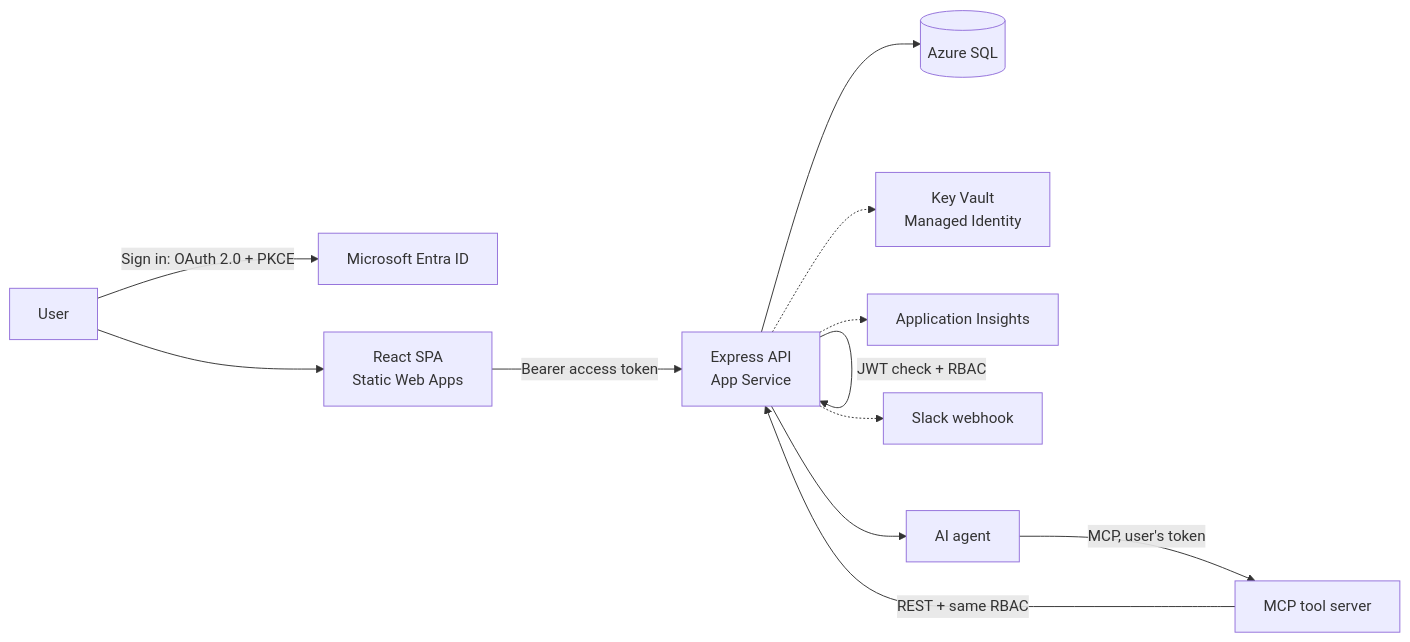
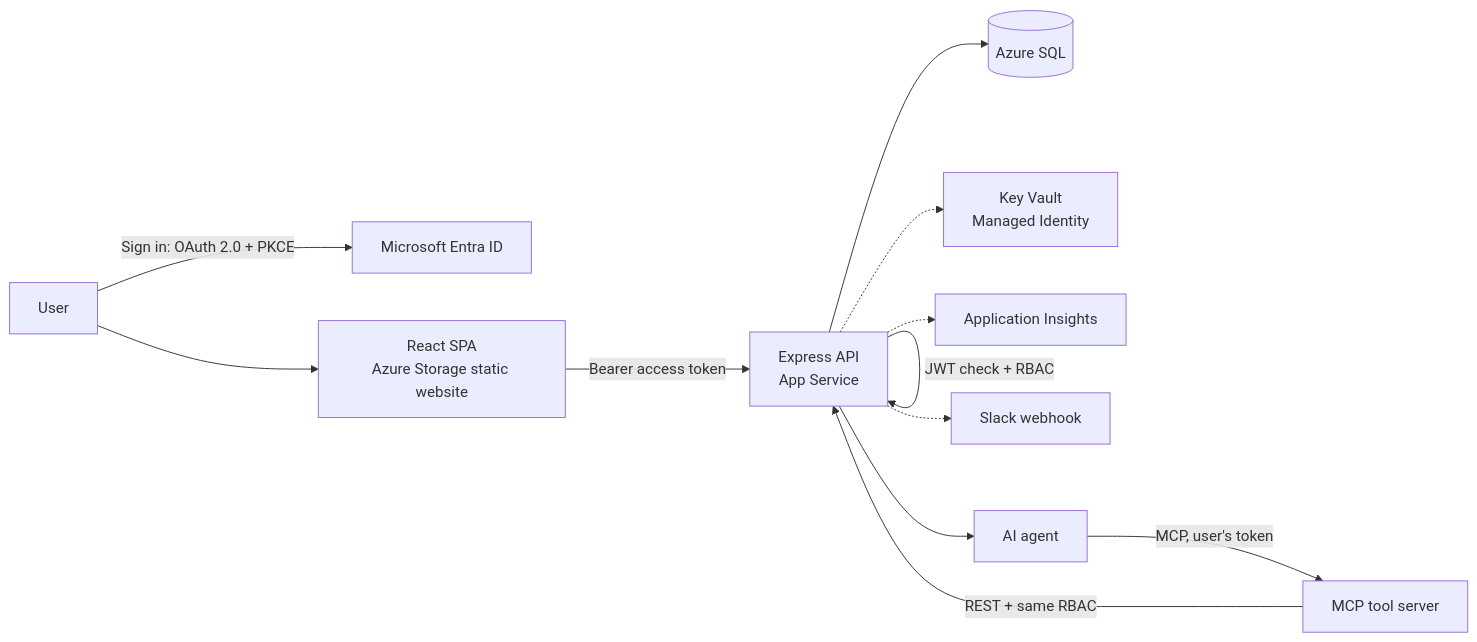
One commit to jamierowe15/vendoriq changed the diagram in README.md. Above: the diagram before and after it, drawn with Mermaid. The commit also changed other lines of this file and 1 other file, not shown here.

Commit message:
Deploy website to Azure Storage; add live demo link

````diff
--- a/README.md
+++ b/README.md
@@ -13,14 +13,14 @@
 ```mermaid
 flowchart LR
     U[User] -->|Sign in: OAuth 2.0 + PKCE| E[Microsoft Entra ID]
-    U --> R[React SPA<br/>Static Web Apps]
+    U --> R[React SPA<br/>Azure Storage static website]
     R -->|Bearer access token| A[Express API<br/>App Service]
     A -->|JWT check + RBAC| A
     A --> S[(Azure SQL)]
     A --> AG[AI agent]
     AG -->|MCP, user's token| M[MCP tool server]
     M -->|REST + same RBAC| A
     A -.-> K[Key Vault<br/>Managed Identity]
     A -.-> I[Application Insights]
     A -.-> SL[Slack webhook]
 ```
````
